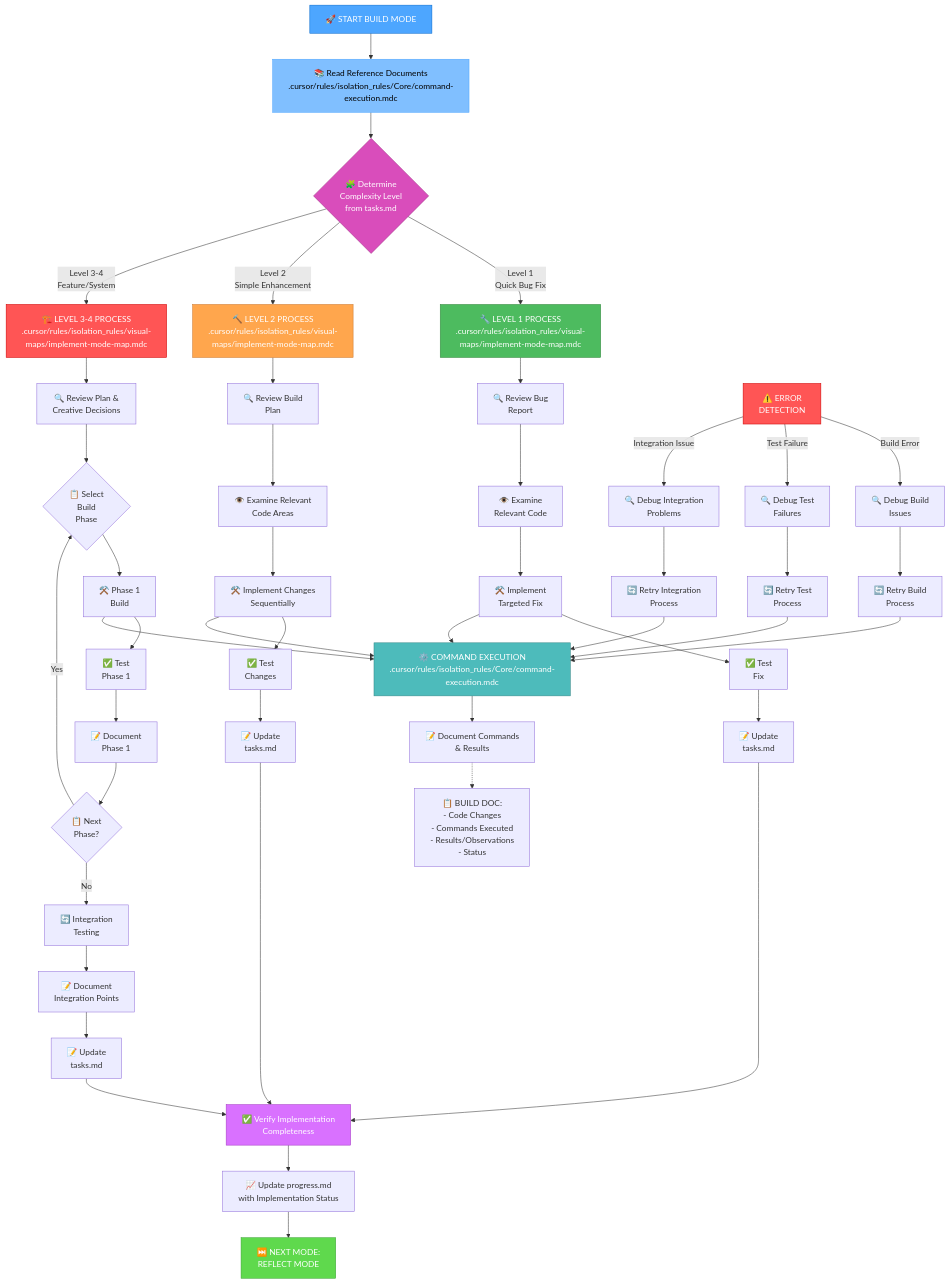
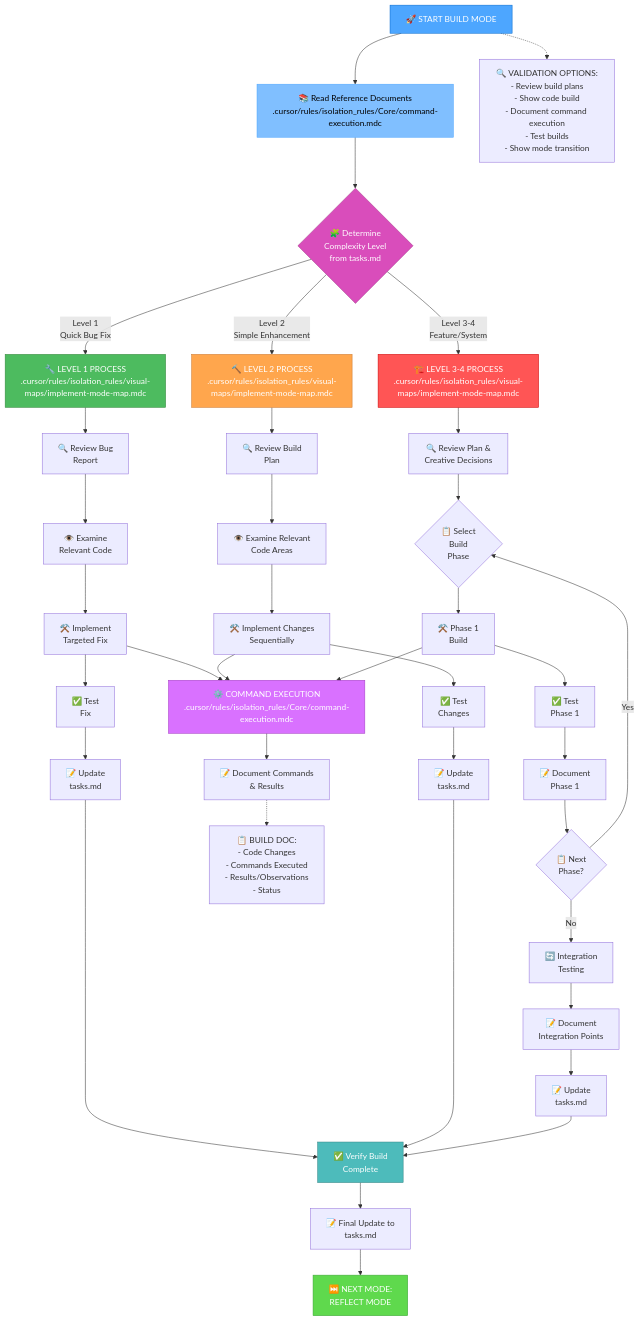
The first of 6 diagrams in .cursor/rules/isolation_rules/Modes/implement-mode-detailed.mdc (7Spade/cursor-memory-bank), drawn with Mermaid before and after one commit. The commit also changed other lines of this file and 7 other files, not shown here.

````diff
--- a/.cursor/rules/isolation_rules/Modes/implement-mode-detailed.mdc
+++ b/.cursor/rules/isolation_rules/Modes/implement-mode-detailed.mdc
@@ -11,74 +9,65 @@
 ```mermaid
 graph TD
     Start["🚀 START BUILD MODE"] --> ReadDocs["📚 Read Reference Documents<br>.cursor/rules/isolation_rules/Core/command-execution.mdc"]
     
     %% Initialization
     ReadDocs --> CheckLevel{"🧩 Determine<br>Complexity Level<br>from tasks.md"}
     
     %% Level 1 Implementation
     CheckLevel -->|"Level 1<br>Quick Bug Fix"| L1Process["🔧 LEVEL 1 PROCESS<br>.cursor/rules/isolation_rules/visual-maps/implement-mode-map.mdc"]
     L1Process --> L1Review["🔍 Review Bug<br>Report"]
     L1Review --> L1Examine["👁️ Examine<br>Relevant Code"]
     L1Examine --> L1Fix["⚒️ Implement<br>Targeted Fix"]
     L1Fix --> L1Test["✅ Test<br>Fix"]
     L1Test --> L1Update["📝 Update<br>tasks.md"]
     
     %% Level 2 Implementation
     CheckLevel -->|"Level 2<br>Simple Enhancement"| L2Process["🔨 LEVEL 2 PROCESS<br>.cursor/rules/isolation_rules/visual-maps/implement-mode-map.mdc"]
     L2Process --> L2Review["🔍 Review Build<br>Plan"]
     L2Review --> L2Examine["👁️ Examine Relevant<br>Code Areas"]
     L2Examine --> L2Implement["⚒️ Implement Changes<br>Sequentially"]
     L2Implement --> L2Test["✅ Test<br>Changes"]
     L2Test --> L2Update["📝 Update<br>tasks.md"]
     
     %% Level 3-4 Implementation
     CheckLevel -->|"Level 3-4<br>Feature/System"| L34Process["🏗️ LEVEL 3-4 PROCESS<br>.cursor/rules/isolation_rules/visual-maps/implement-mode-map.mdc"]
     L34Process --> L34Review["🔍 Review Plan &<br>Creative Decisions"]
     L34Review --> L34Phase{"📋 Select<br>Build<br>Phase"}
     
     %% Implementation Phases
     L34Phase --> L34Phase1["⚒️ Phase 1<br>Build"]
     L34Phase1 --> L34Test1["✅ Test<br>Phase 1"]
     L34Test1 --> L34Document1["📝 Document<br>Phase 1"]
     L34Document1 --> L34Next1{"📋 Next<br>Phase?"}
     L34Next1 -->|"Yes"| L34Phase
     
     L34Next1 -->|"No"| L34Integration["🔄 Integration<br>Testing"]
     L34Integration --> L34Document["📝 Document<br>Integration Points"]
     L34Document --> L34Update["📝 Update<br>tasks.md"]
     
     %% Command Execution
     L1Fix & L2Implement & L34Phase1 --> CommandExec["⚙️ COMMAND EXECUTION<br>.cursor/rules/isolation_rules/Core/command-execution.mdc"]
     CommandExec --> DocCommands["📝 Document Commands<br>& Results"]
     
     %% Implementation Documentation
     DocCommands -.-> DocTemplate["📋 BUILD DOC:<br>- Code Changes<br>- Commands Executed<br>- Results/Observations<br>- Status"]
     
-    %% Verification & Completion
-    L1Update & L2Update & L34Update --> VerifyImpl["✅ Verify Implementation<br>Completeness"]
-    VerifyImpl --> UpdateProgress["📈 Update progress.md<br>with Implementation Status"]
-    UpdateProgress --> Transition["⏭️ NEXT MODE:<br>REFLECT MODE"]
+    %% Completion & Transition
+    L1Update & L2Update & L34Update --> VerifyComplete["✅ Verify Build<br>Complete"]
+    VerifyComplete --> UpdateTasks["📝 Final Update to<br>tasks.md"]
+    UpdateTasks --> Transition["⏭️ NEXT MODE:<br>REFLECT MODE"]
     
-    %% Error Handling
-    Error["⚠️ ERROR<br>DETECTION"] -->|"Build Error"| DebugBuild["🔍 Debug Build<br>Issues"]
-    Error -->|"Test Failure"| DebugTest["🔍 Debug Test<br>Failures"]
-    Error -->|"Integration Issue"| DebugIntegration["🔍 Debug Integration<br>Problems"]
-    
-    DebugBuild --> RetryBuild["🔄 Retry Build<br>Process"]
-    DebugTest --> RetryTest["🔄 Retry Test<br>Process"]
-    DebugIntegration --> RetryIntegration["🔄 Retry Integration<br>Process"]
-    
-    RetryBuild & RetryTest & RetryIntegration --> CommandExec
+    %% Validation Options
+    Start -.-> Validation["🔍 VALIDATION OPTIONS:<br>- Review build plans<br>- Show code build<br>- Document command execution<br>- Test builds<br>- Show mode transition"]
     
     %% Styling
     style Start fill:#4da6ff,stroke:#0066cc,color:white
     style ReadDocs fill:#80bfff,stroke:#4da6ff,color:black
     style CheckLevel fill:#d94dbb,stroke:#a3378a,color:white
     style L1Process fill:#4dbb5f,stroke:#36873f,color:white
     style L2Process fill:#ffa64d,stroke:#cc7a30,color:white
     style L34Process fill:#ff5555,stroke:#cc0000,color:white
-    style CommandExec fill:#4dbbbb,stroke:#368787,color:white
-    style VerifyImpl fill:#d971ff,stroke:#a33bc2,color:white
+    style CommandExec fill:#d971ff,stroke:#a33bc2,color:white
+    style VerifyComplete fill:#4dbbbb,stroke:#368787,color:white
     style Transition fill:#5fd94d,stroke:#3da336,color:white
-    style Error fill:#ff5555,stroke:#cc0000,color:white
 ```
````
